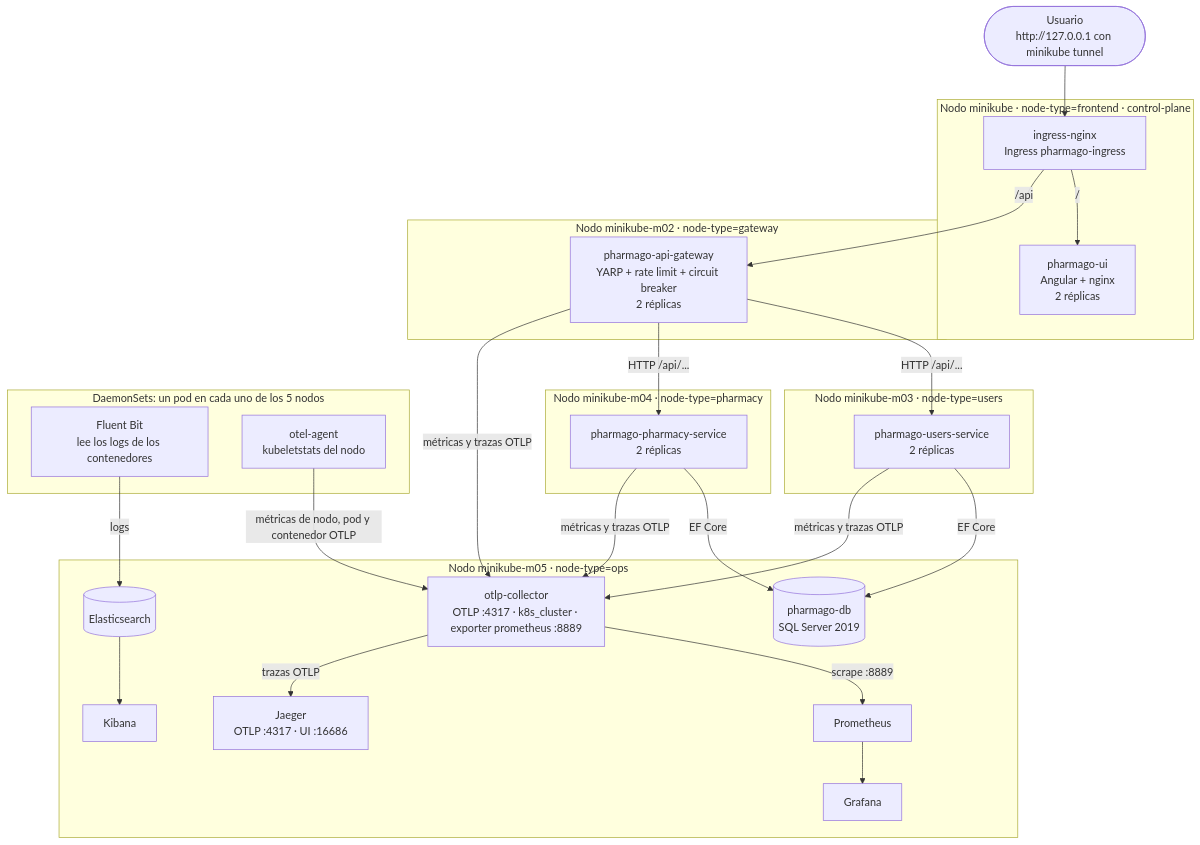
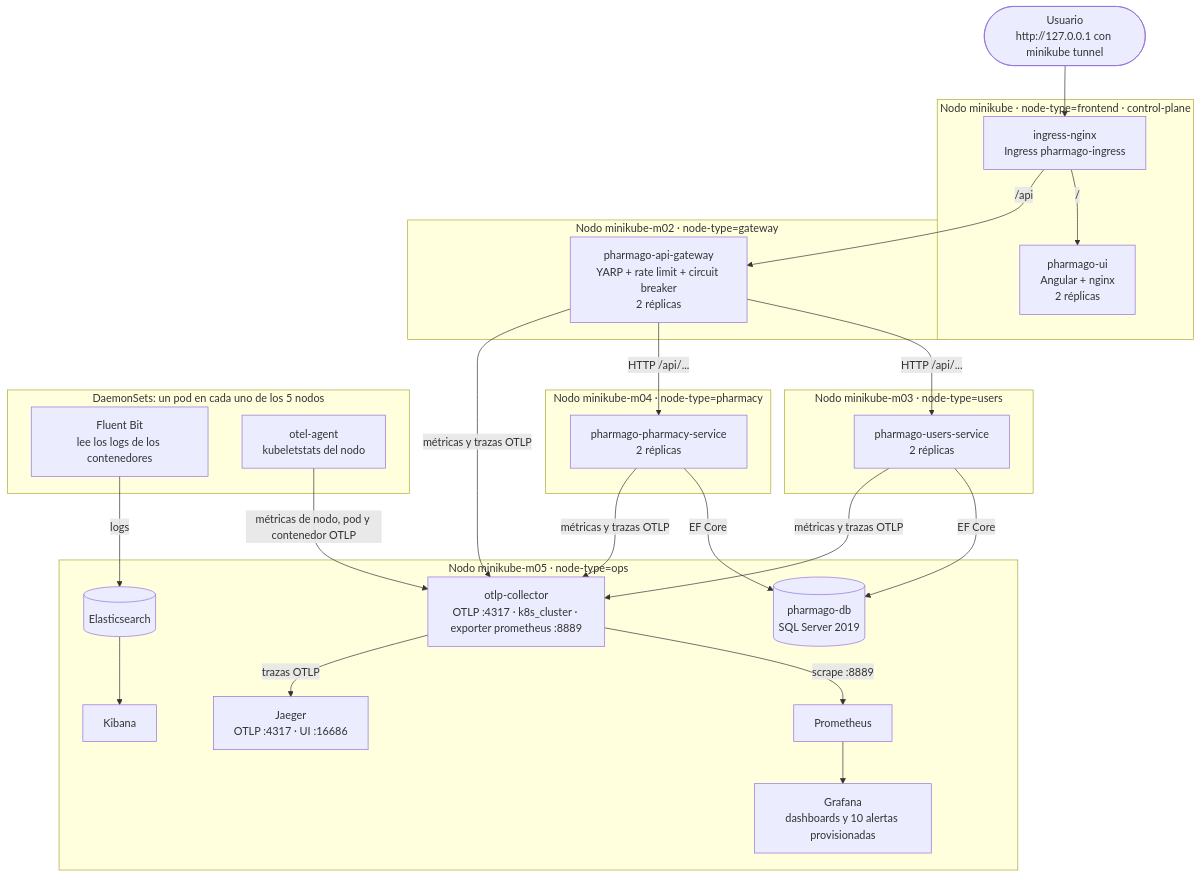
One commit to NachoAramburu/AIOps---294234-235991-254820 changed the diagram in docs/diagrama-despliegue.md. Above: the diagram before and after it, drawn with Mermaid. The commit also changed other lines of this file and 16 other files, not shown here.

First line of the commit message:
C23: runbook de defensa, diagrama final y ensayo cronometrado

````diff
--- a/docs/diagrama-despliegue.md
+++ b/docs/diagrama-despliegue.md
@@ -7,55 +7,55 @@
 ```mermaid
 graph TB
     user(["Usuario<br/>http://127.0.0.1 con minikube tunnel"])
 
     subgraph N1["Nodo minikube · node-type=frontend · control-plane"]
         ingress["ingress-nginx<br/>Ingress pharmago-ingress"]
         ui["pharmago-ui<br/>Angular + nginx<br/>2 réplicas"]
     end
 
     subgraph N2["Nodo minikube-m02 · node-type=gateway"]
         gw["pharmago-api-gateway<br/>YARP + rate limit + circuit breaker<br/>2 réplicas"]
     end
 
     subgraph N3["Nodo minikube-m03 · node-type=users"]
         users["pharmago-users-service<br/>2 réplicas"]
     end
 
     subgraph N4["Nodo minikube-m04 · node-type=pharmacy"]
         pharmacy["pharmago-pharmacy-service<br/>2 réplicas"]
     end
 
     subgraph N5["Nodo minikube-m05 · node-type=ops"]
         db[("pharmago-db<br/>SQL Server 2019")]
         collector["otlp-collector<br/>OTLP :4317 · k8s_cluster · exporter prometheus :8889"]
         prometheus["Prometheus"]
-        grafana["Grafana"]
+        grafana["Grafana<br/>dashboards y 10 alertas provisionadas"]
         jaeger["Jaeger<br/>OTLP :4317 · UI :16686"]
         es[("Elasticsearch")]
         kibana["Kibana"]
     end
 
     subgraph DS["DaemonSets: un pod en cada uno de los 5 nodos"]
         fluentbit["Fluent Bit<br/>lee los logs de los contenedores"]
         otelagent["otel-agent<br/>kubeletstats del nodo"]
     end
 
     user --> ingress
     ingress -- "/" --> ui
     ingress -- "/api" --> gw
     gw -- "HTTP /api/..." --> users
     gw -- "HTTP /api/..." --> pharmacy
     users -- "EF Core" --> db
     pharmacy -- "EF Core" --> db
 
     gw -- "métricas y trazas OTLP" --> collector
     users -- "métricas y trazas OTLP" --> collector
     pharmacy -- "métricas y trazas OTLP" --> collector
     otelagent -- "métricas de nodo, pod y contenedor OTLP" --> collector
     collector -- "scrape :8889" --> prometheus
     prometheus --> grafana
     collector -- "trazas OTLP" --> jaeger
 
     fluentbit -- "logs" --> es
     es --> kibana
 ```
````
